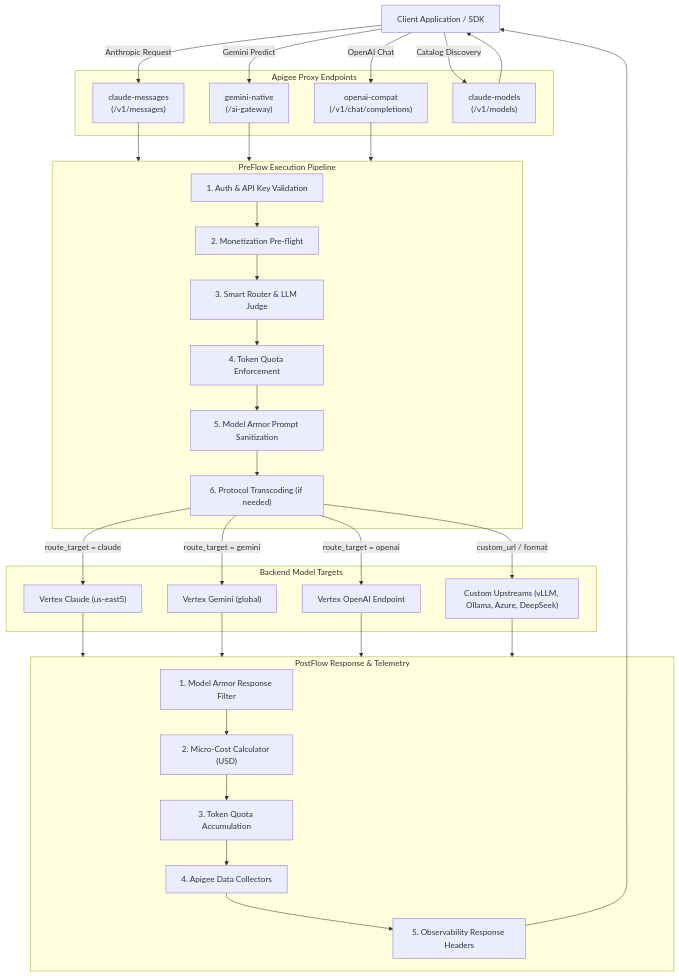
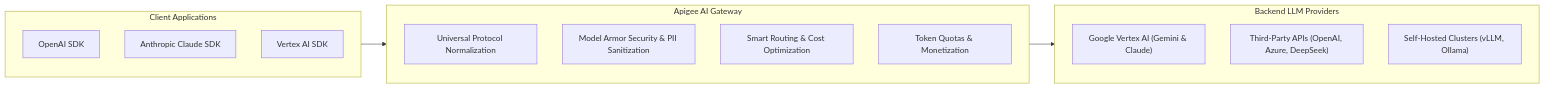
Before and after one commit to ra2085/ai-gw-sample: the second of 2 diagrams in docs/index.md, drawn with Mermaid. The commit also changed other lines of this file and 2 other files, not shown here.

````diff
--- a/docs/index.md
+++ b/docs/index.md
@@ -73,60 +73,25 @@
 ```mermaid
-graph TD
-    Client["Client Application / SDK"]
-
-    subgraph Ingress["Apigee Proxy Endpoints"]
-        EP_Claude["claude-messages<br/>(/v1/messages)"]
-        EP_Gemini["gemini-native<br/>(/ai-gateway)"]
-        EP_OpenAI["openai-compat<br/>(/v1/chat/completions)"]
-        EP_Models["claude-models<br/>(/v1/models)"]
+graph LR
+    subgraph Clients["Client Applications"]
+        C1["OpenAI SDK"]
+        C2["Anthropic Claude SDK"]
+        C3["Vertex AI SDK"]
     end
 
-    subgraph Pipeline["PreFlow Execution Pipeline"]
-        Auth["1. Auth & API Key Validation"]
-        MLC["2. Monetization Pre-flight"]
-        Judge["3. Smart Router & LLM Judge"]
-        Quota["4. Token Quota Enforcement"]
-        Armor["5. Model Armor Prompt Sanitization"]
-        Xlate["6. Protocol Transcoding (if needed)"]
-        
-        Auth --> MLC --> Judge --> Quota --> Armor --> Xlate
+    subgraph Gateway["Apigee AI Gateway"]
+        direction TB
+        G1["Universal Protocol Normalization"]
+        G2["Model Armor Security & PII Sanitization"]
+        G3["Smart Routing & Cost Optimization"]
+        G4["Token Quotas & Monetization"]
     end
 
-    subgraph Targets["Backend Model Targets"]
-        T_Claude["Vertex Claude (us-east5)"]
-        T_Gemini["Vertex Gemini (global)"]
-        T_OpenAI["Vertex OpenAI Endpoint"]
-        T_Custom["Custom Upstreams (vLLM, Ollama, Azure, DeepSeek)"]
+    subgraph Providers["Backend LLM Providers"]
+        P1["Google Vertex AI (Gemini & Claude)"]
+        P2["Third-Party APIs (OpenAI, Azure, DeepSeek)"]
+        P3["Self-Hosted Clusters (vLLM, Ollama)"]
     end
 
-    Client -->|Anthropic Request| EP_Claude
-    Client -->|Gemini Predict| EP_Gemini
-    Client -->|OpenAI Chat| EP_OpenAI
-    Client -->|Catalog Discovery| EP_Models
-
-    EP_Claude --> Pipeline
-    EP_Gemini --> Pipeline
-    EP_OpenAI --> Pipeline
-
-    Xlate -->|route_target = claude| T_Claude
-    Xlate -->|route_target = gemini| T_Gemini
-    Xlate -->|route_target = openai| T_OpenAI
-    Xlate -->|custom_url / format| T_Custom
-
-    subgraph Egress["PostFlow Response & Telemetry"]
-        SMR["1. Model Armor Response Filter"]
-        Calc["2. Micro-Cost Calculator (USD)"]
-        LTQ_Cnt["3. Token Quota Accumulation"]
-        DC["4. Apigee Data Collectors"]
-        Hdrs["5. Observability Response Headers"]
-        
-        SMR --> Calc --> LTQ_Cnt --> DC --> Hdrs
-    end
-
-    T_Claude --> Egress
-    T_Gemini --> Egress
-    T_OpenAI --> Egress
-    T_Custom --> Egress
-    Hdrs --> Client
-    EP_Models --> Client
+    Clients --> Gateway
+    Gateway --> Providers
 ```
````
